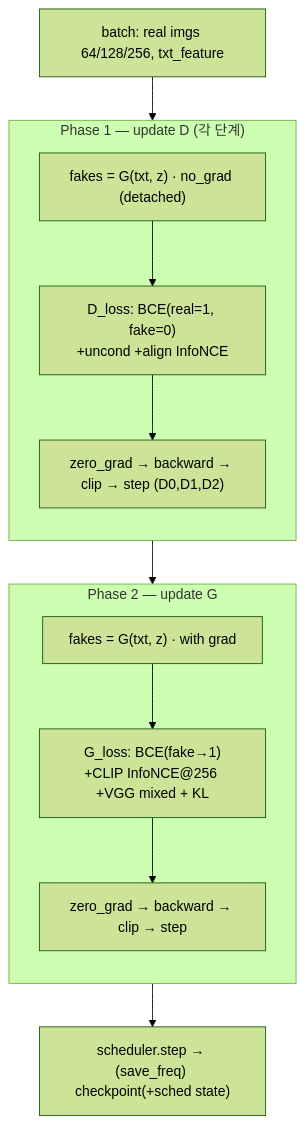
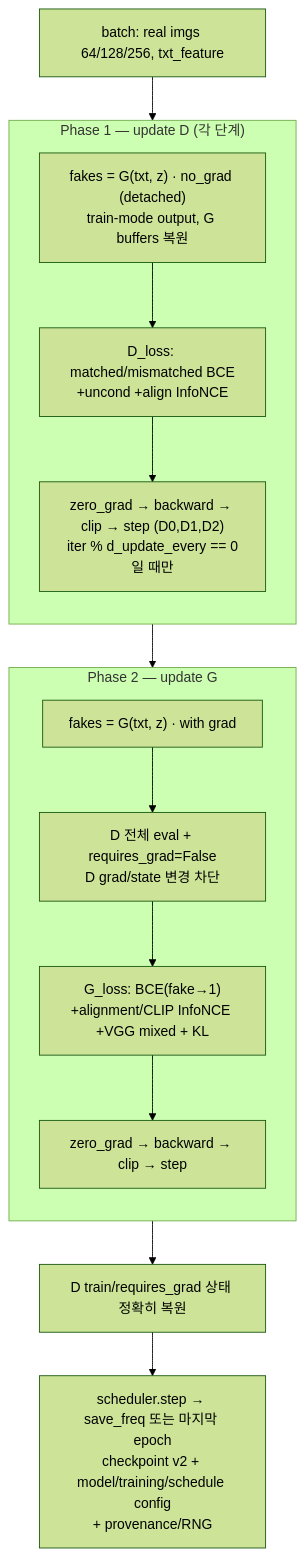
Before and after one commit to youngunghan/MS-CLIP-GAN-Multi-Stage-Text-to-Image-Generation-with-CLIP-Guided-Synthesis: the sixth of 6 diagrams in docs/explanation/architecture.md, drawn with Mermaid (forest theme). The commit also changed other lines of this file and 58 other files, not shown here.

````diff
--- a/docs/explanation/architecture.md
+++ b/docs/explanation/architecture.md
@@ -157,16 +166,18 @@
 ```mermaid
 flowchart TD
     B["batch: real imgs 64/128/256, txt_feature"] --> P1
     subgraph P1["Phase 1 — update D (각 단계)"]
         direction TB
-        NG["fakes = G(txt, z) · no_grad (detached)"] --> DL["D_loss: BCE(real=1, fake=0)<br/>+uncond +align InfoNCE"]
-        DL --> DS["zero_grad → backward → clip → step (D0,D1,D2)"]
+        NG["fakes = G(txt, z) · no_grad (detached)<br/>train-mode output, G buffers 복원"] --> DL["D_loss: matched/mismatched BCE<br/>+uncond +align InfoNCE"]
+        DL --> DS["zero_grad → backward → clip → step (D0,D1,D2)<br/>iter % d_update_every == 0일 때만"]
     end
     P1 --> P2
     subgraph P2["Phase 2 — update G"]
         direction TB
-        WG["fakes = G(txt, z) · with grad"] --> GL["G_loss: BCE(fake→1)<br/>+CLIP InfoNCE@256 +VGG mixed + KL"]
+        WG["fakes = G(txt, z) · with grad"] --> FR["D 전체 eval + requires_grad=False<br/>D grad/state 변경 차단"]
+        FR --> GL["G_loss: BCE(fake→1)<br/>+alignment/CLIP InfoNCE +VGG mixed + KL"]
         GL --> GS["zero_grad → backward → clip → step"]
     end
-    P2 --> SC["scheduler.step → (save_freq) checkpoint(+sched state)"]
+    P2 --> RS["D train/requires_grad 상태 정확히 복원"]
+    RS --> SC["scheduler.step → save_freq 또는 마지막 epoch<br/>checkpoint v2 + model/training/schedule config<br/>+ provenance/RNG"]
 ```
````
